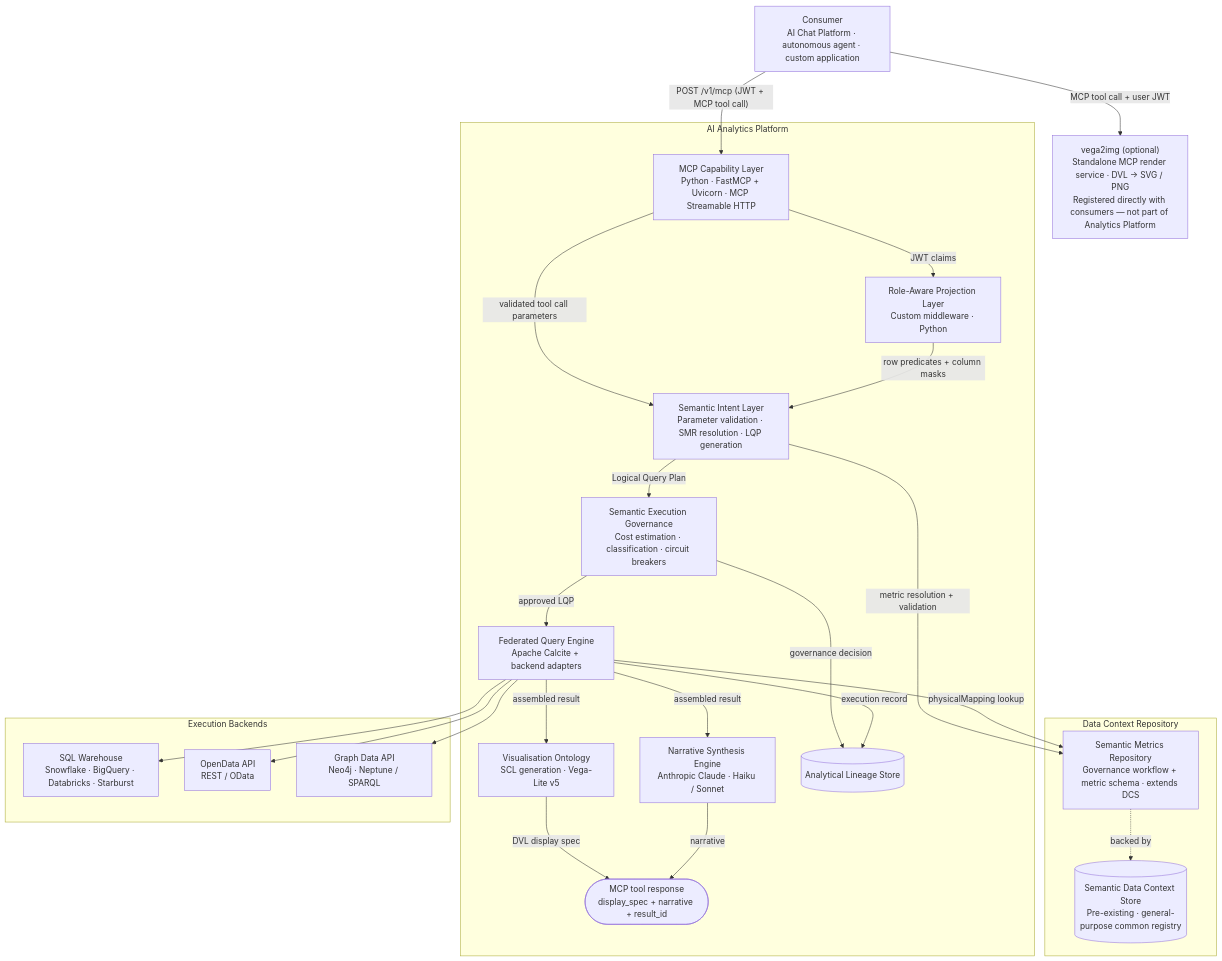
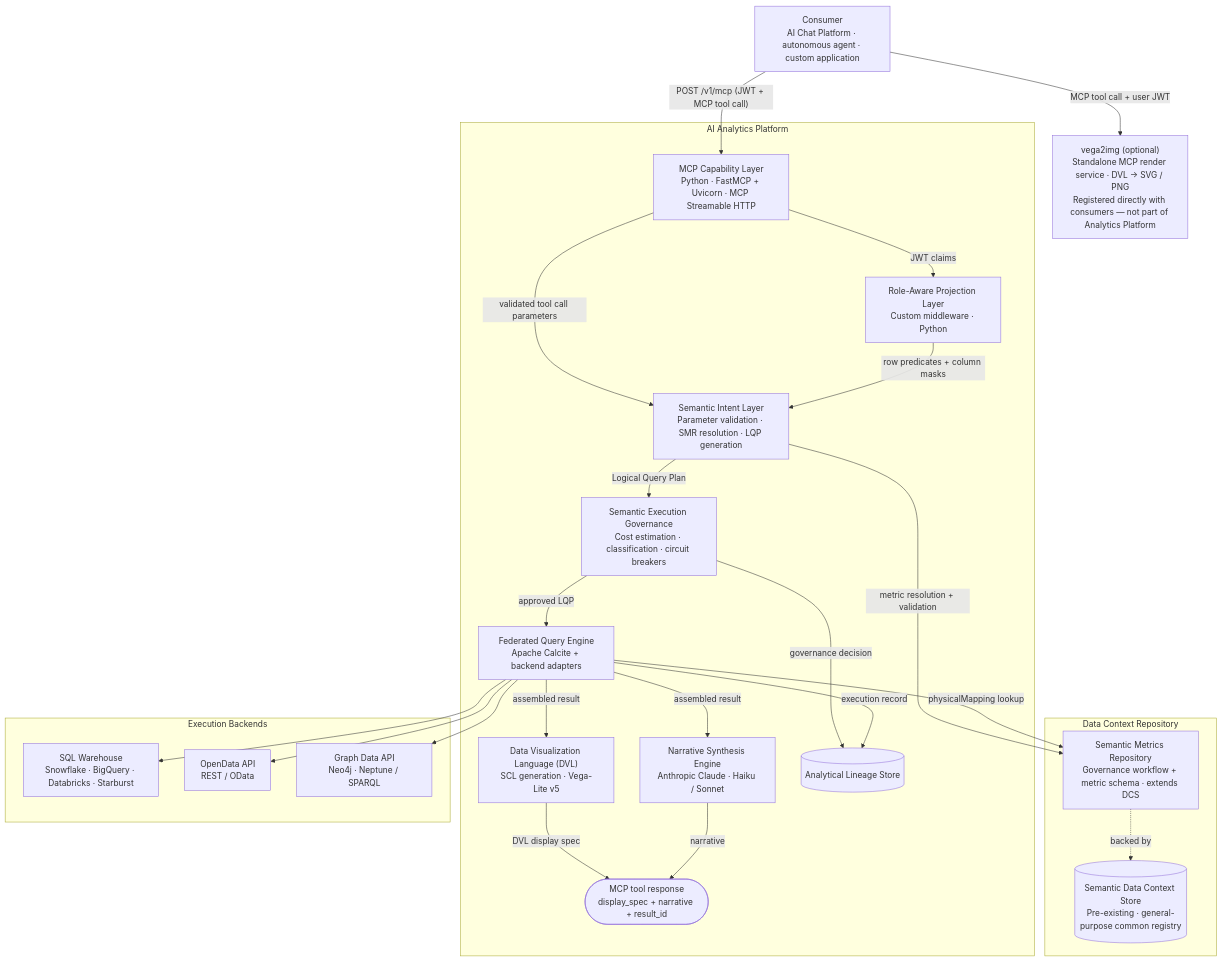
Before and after one commit to M-A-Operating-System/shared-work: the diagram in docs/product/analytics/04-technical-implementation.md, drawn with Mermaid. The commit also changed other lines of this file and 6 other files, not shown here.

````diff
--- a/docs/product/analytics/04-technical-implementation.md
+++ b/docs/product/analytics/04-technical-implementation.md
@@ -11,47 +11,47 @@
 ```mermaid
 flowchart TD
     Consumer["Consumer\nAI Chat Platform · autonomous agent · custom application"]
 
     subgraph analytics["AI Analytics Platform"]
         MCP["MCP Capability Layer\nPython · FastMCP + Uvicorn · MCP Streamable HTTP"]
         SIL["Semantic Intent Layer\nParameter validation · SMR resolution · LQP generation"]
         RAPL["Role-Aware Projection Layer\nCustom middleware · Python"]
         SEG["Semantic Execution Governance\nCost estimation · classification · circuit breakers"]
         FQE["Federated Query Engine\nApache Calcite + backend adapters"]
-        VO["Visualisation Ontology\nSCL generation · Vega-Lite v5"]
+        DVL["Data Visualization Language (DVL)\nSCL generation · Vega-Lite v5"]
         NSE["Narrative Synthesis Engine\nAnthropic Claude · Haiku / Sonnet"]
         LS[("Analytical Lineage Store")]
         Result(["MCP tool response\ndisplay_spec + narrative + result_id"])
     end
 
     vega2img["vega2img (optional)\nStandalone MCP render service · DVL → SVG / PNG\nRegistered directly with consumers — not part of Analytics Platform"]
 
     subgraph dcr["Data Context Repository"]
         SMR["Semantic Metrics Repository\nGovernance workflow + metric schema · extends DCS"]
         DCS[("Semantic Data Context Store\nPre-existing · general-purpose common registry")]
         SMR -. backed by .-> DCS
     end
 
     subgraph backends["Execution Backends"]
         SQL["SQL Warehouse\nSnowflake · BigQuery · Databricks · Starburst"]
         ODA["OpenData API\nREST / OData"]
         GDA["Graph Data API\nNeo4j · Neptune / SPARQL"]
     end
 
     Consumer -->|"POST /v1/mcp (JWT + MCP tool call)"| MCP
     Consumer -->|"MCP tool call + user JWT"| vega2img
     MCP -->|"validated tool call parameters"| SIL
     MCP -->|"JWT claims"| RAPL
     RAPL -->|"row predicates + column masks"| SIL
     SIL -->|"metric resolution + validation"| SMR
     SIL -->|"Logical Query Plan"| SEG
     SEG -->|"approved LQP"| FQE
     SEG -->|"governance decision"| LS
     FQE -->|"physicalMapping lookup"| SMR
     FQE --> SQL & ODA & GDA
     FQE -->|"execution record"| LS
-    FQE -->|"assembled result"| VO
+    FQE -->|"assembled result"| DVL
     FQE -->|"assembled result"| NSE
-    VO -->|"DVL display spec"| Result
+    DVL -->|"DVL display spec"| Result
     NSE -->|"narrative"| Result
 ```
````
